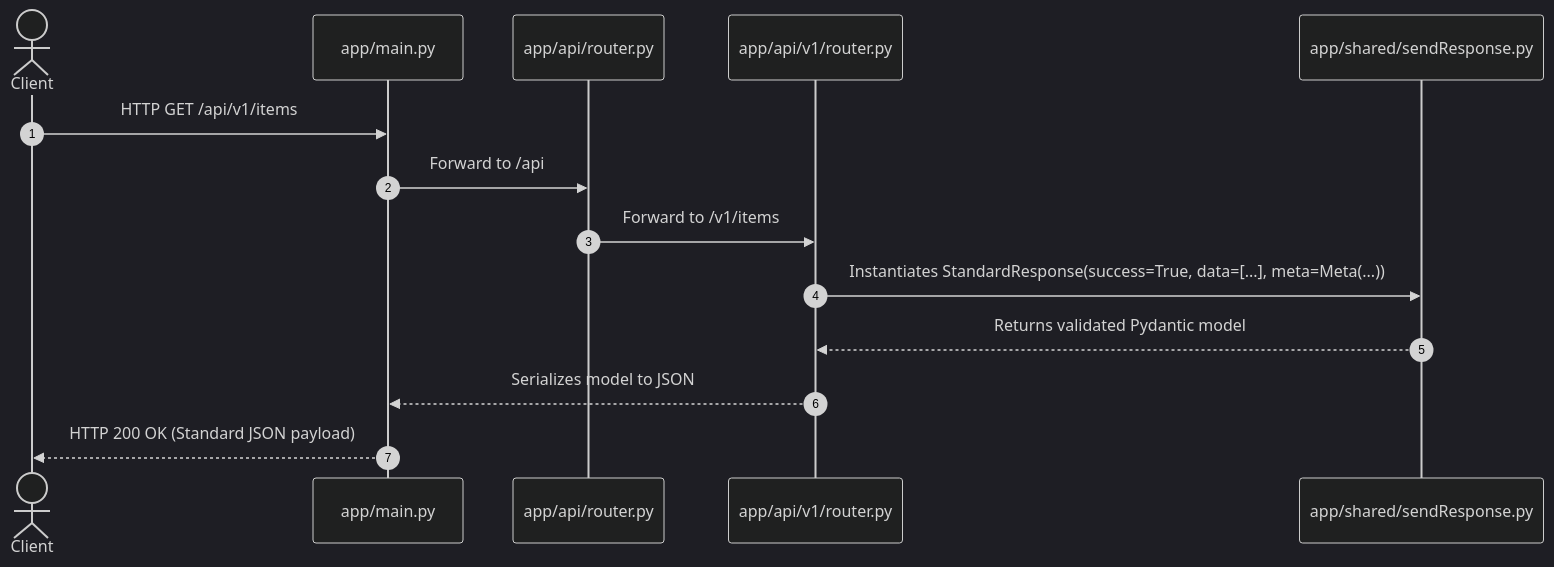
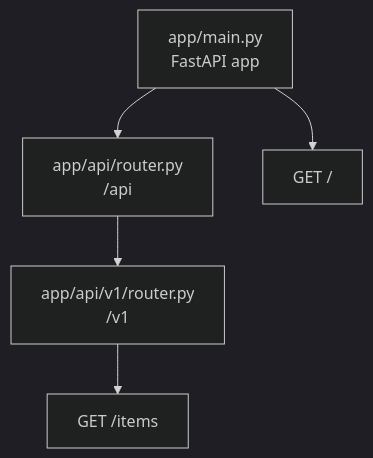
One commit to meshal10613/Expense-Tracker-API-with-Python-FastAPI changed the fourth of 4 diagrams in docs/ARCHITECTURE.md. Above: the diagram before and after it, drawn with Mermaid (dark theme). The commit also changed other lines of this file and 5 other files, not shown here.

````diff
--- a/docs/ARCHITECTURE.md
+++ b/docs/ARCHITECTURE.md
@@ -103,17 +131,13 @@
 ```mermaid
-sequenceDiagram
-    autonumber
-    actor Client
-    participant Main as app/main.py
-    participant Router as app/api/router.py
-    participant V1 as app/api/v1/router.py
-    participant Helper as app/shared/sendResponse.py
+graph TD
+    Main["app/main.py<br/>FastAPI app"]
+    ApiRouter["app/api/router.py<br/>/api"]
+    V1Router["app/api/v1/router.py<br/>/v1"]
+    Items["GET /items"]
+    Root["GET /"]
 
-    Client->>Main: HTTP GET /api/v1/items
-    Main->>Router: Forward to /api
-    Router->>V1: Forward to /v1/items
-    V1->>Helper: Instantiates StandardResponse(success=True, data=[...], meta=Meta(...))
-    Helper-->>V1: Returns validated Pydantic model
-    V1-->>Main: Serializes model to JSON
-    Main-->>Client: HTTP 200 OK (Standard JSON payload)
+    Main --> Root
+    Main --> ApiRouter
+    ApiRouter --> V1Router
+    V1Router --> Items
 ```
````
